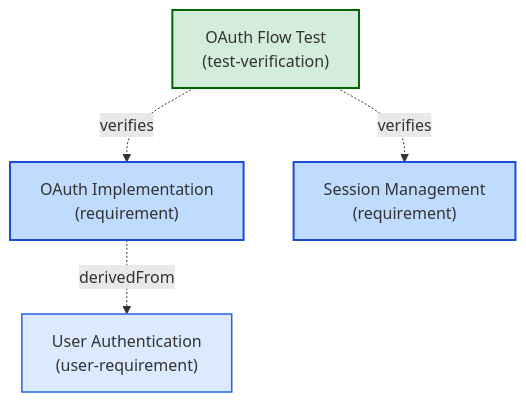
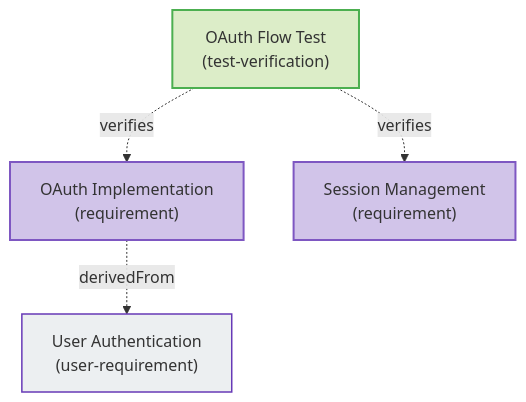
The first of 6 diagrams in tests/test-verification-traces/expected_output.md (reqvire-org/reqvire), drawn with Mermaid before and after one commit. The commit also changed other lines of this file and 60 other files, not shown here.

First line of the commit message:
Refine web interface styling and update diagram colors

````diff
--- a/tests/test-verification-traces/expected_output.md
+++ b/tests/test-verification-traces/expected_output.md
@@ -9,20 +9,20 @@
 ```mermaid
 graph TD
-  classDef userRequirement fill:#bfdbfe,stroke:#1d4ed8,stroke-width:2px;
-  classDef systemRequirement fill:#dbeafe,stroke:#2563EB,stroke-width:1.5px;
-  classDef requirement fill:#dbeafe,stroke:#2563EB,stroke-width:1.5px;
-  classDef verified fill:#bfdbfe,stroke:#1d4ed8,stroke-width:2px;
-  classDef verification fill:#d4edda,stroke:#006400,stroke-width:2px;
+  classDef userRequirement fill:#D1C4E9,stroke:#7E57C2,stroke-width:2px;
+  classDef systemRequirement fill:#E1D8EE,stroke:#673AB7,stroke-width:1.5px;
+  classDef requirement fill:#ECEFF1,stroke:#673AB7,stroke-width:1.5px;
+  classDef verified fill:#D1C4E9,stroke:#7E57C2,stroke-width:2px;
+  classDef verification fill:#DCEDC8,stroke:#4CAF50,stroke-width:2px;
 
   bfd26e943c93f2b8["OAuth Flow Test<br>(test-verification)"]:::verification
   click bfd26e943c93f2b8 "specifications/Verifications/Tests.md#oauth-flow-test";
   d5a439e4972ea591["OAuth Implementation<br>(requirement)"]:::verified
   click d5a439e4972ea591 "specifications/SystemRequirements.md#oauth-implementation";
   bfd26e943c93f2b8 -.->|verifies| d5a439e4972ea591;
   2934ea21a1d898a3["User Authentication<br>(user-requirement)"]:::requirement
   click 2934ea21a1d898a3 "specifications/UserRequirements.md#user-authentication";
   d5a439e4972ea591 -.->|derivedFrom| 2934ea21a1d898a3;
   5a755bb51a740c10["Session Management<br>(requirement)"]:::verified
   click 5a755bb51a740c10 "specifications/SystemRequirements.md#session-management";
   bfd26e943c93f2b8 -.->|verifies| 5a755bb51a740c10;
 ```
````
